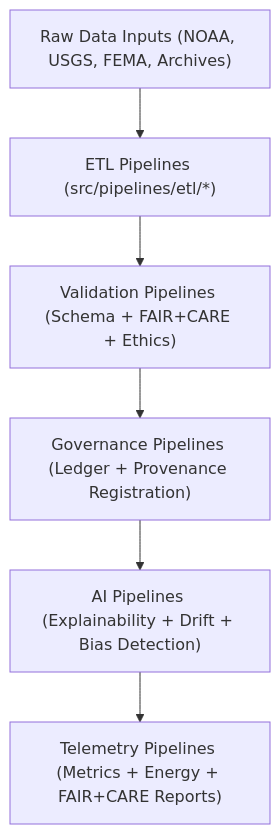
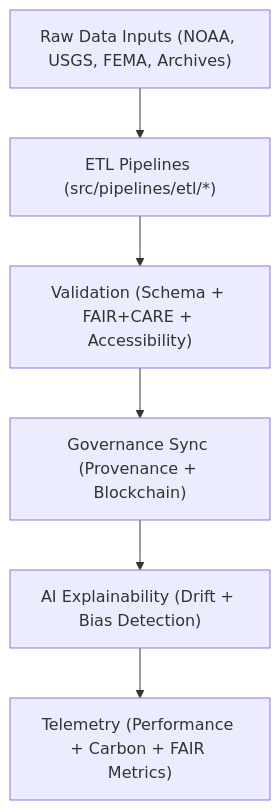
Before and after one commit to bartytime4life/Kansas-Frontier-Matrix: the diagram in src/README.md, drawn with Mermaid. The commit also changed other lines of this file, not shown here.

````diff
--- a/src/README.md
+++ b/src/README.md
@@ -74,8 +78,8 @@
 ```mermaid
 flowchart TD
-    A["Raw Data Inputs (NOAA, USGS, FEMA, Archives)"] --> B["ETL Pipelines (src/pipelines/etl/*)"]
-    B --> C["Validation Pipelines (Schema + FAIR+CARE + Ethics)"]
-    C --> D["Governance Pipelines (Ledger + Provenance Registration)"]
-    D --> E["AI Pipelines (Explainability + Drift + Bias Detection)"]
-    E --> F["Telemetry Pipelines (Metrics + Energy + FAIR+CARE Reports)"]
+A["Raw Data Inputs (NOAA, USGS, FEMA, Archives)"] --> B["ETL Pipelines (src/pipelines/etl/*)"]
+B --> C["Validation (Schema + FAIR+CARE + Accessibility)"]
+C --> D["Governance Sync (Provenance + Blockchain)"]
+D --> E["AI Explainability (Drift + Bias Detection)"]
+E --> F["Telemetry (Performance + Carbon + FAIR Metrics)"]
 ```
````
